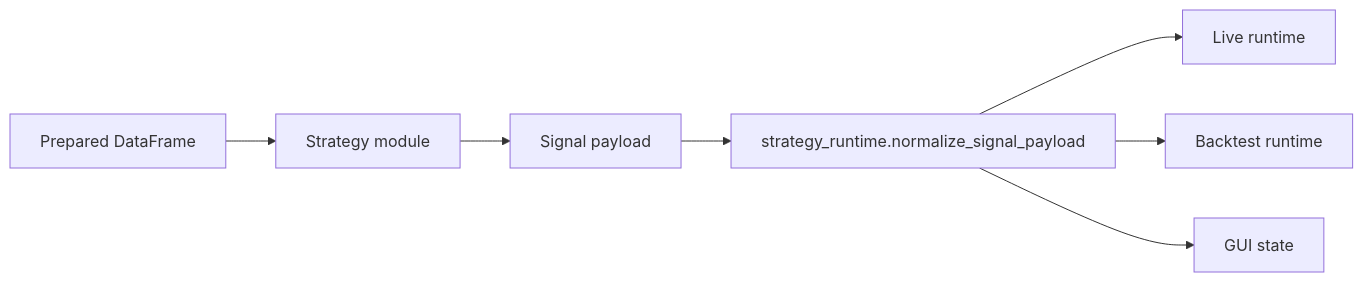
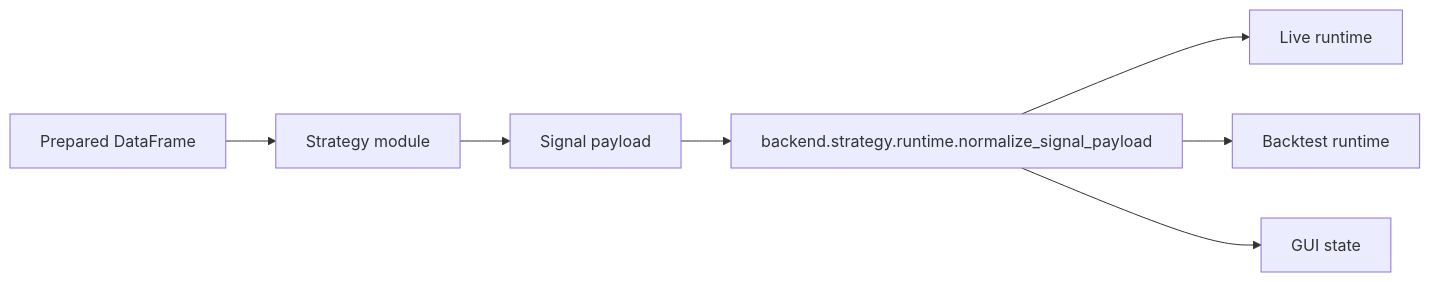
One commit to aloantony/strategy-forge changed the diagram in docs/DocsTradingSystemObsidian/design/strategy-system.md. Above: the diagram before and after it, drawn with Mermaid. The commit also changed other lines of this file and 673 other files, not shown here.

````diff
--- a/docs/DocsTradingSystemObsidian/design/strategy-system.md
+++ b/docs/DocsTradingSystemObsidian/design/strategy-system.md
@@ -22,9 +22,9 @@
 ```mermaid
 flowchart LR
   DF["Prepared DataFrame"] --> Strategy["Strategy module"]
   Strategy --> Payload["Signal payload"]
-  Payload --> Normalize["strategy_runtime.normalize_signal_payload"]
+  Payload --> Normalize["backend.strategy.runtime.normalize_signal_payload"]
   Normalize --> Live["Live runtime"]
   Normalize --> Backtest["Backtest runtime"]
   Normalize --> GUI["GUI state"]
 ```
````
